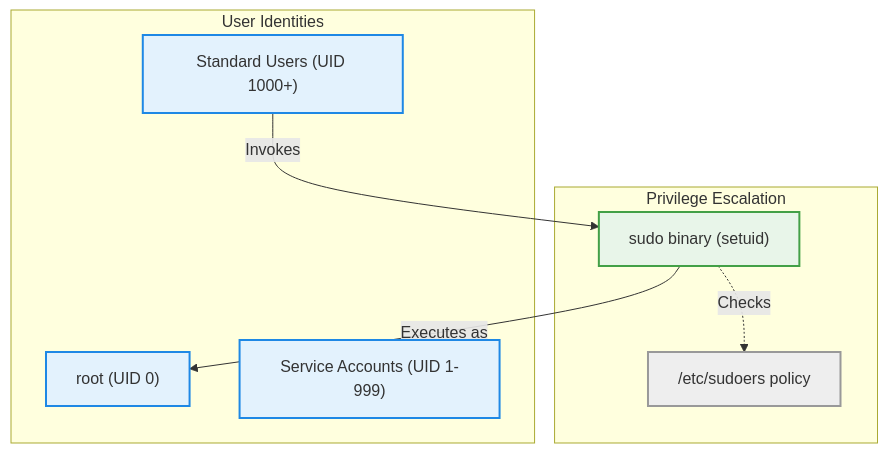
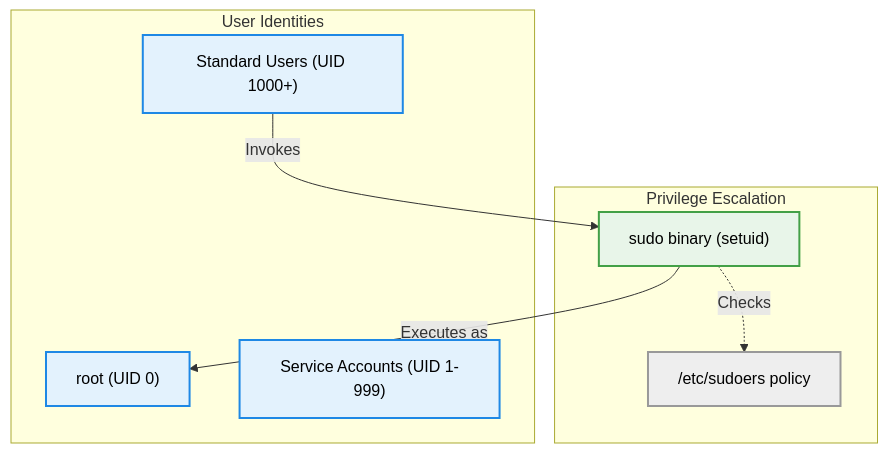
Before and after one commit to aloysiuspattath/platform-engineering-ai-course: the diagram in courses/platform-engineering/modules/module-02/lesson-01.md, drawn with Mermaid. The commit also changed 53 other files, not shown here.

Commit message:
fix: enforce high-contrast black text on mermaid diagram fills for dark mode readability

````diff
--- a/courses/platform-engineering/modules/module-02/lesson-01.md
+++ b/courses/platform-engineering/modules/module-02/lesson-01.md
@@ -76,21 +76,21 @@
 ```mermaid
 flowchart TD
-    classDef userSpace fill:#e3f2fd,stroke:#1e88e5,stroke-width:2px;
-    classDef kernelSpace fill:#e8f5e9,stroke:#43a047,stroke-width:2px;
-    classDef file fill:#eeeeee,stroke:#999999,stroke-width:2px;
+    classDef userSpace fill:#e3f2fd,stroke:#1e88e5,stroke-width:2px,color:#000000;
+    classDef kernelSpace fill:#e8f5e9,stroke:#43a047,stroke-width:2px,color:#000000;
+    classDef file fill:#eeeeee,stroke:#999999,stroke-width:2px,color:#000000;
 
     subgraph Identities [User Identities]
         ROOT["root (UID 0)"]:::userSpace
         SYS["Service Accounts (UID 1-999)"]:::userSpace
         USER["Standard Users (UID 1000+)"]:::userSpace
     end
 
     subgraph SecurityGateway [Privilege Escalation]
         SUDO_BIN["sudo binary (setuid)"]:::kernelSpace
         SUDOERS["/etc/sudoers policy"]:::file
     end
 
     USER -->|Invokes| SUDO_BIN
     SUDO_BIN -.->|Checks| SUDOERS
     SUDO_BIN -->|Executes as| ROOT
 ```
````
